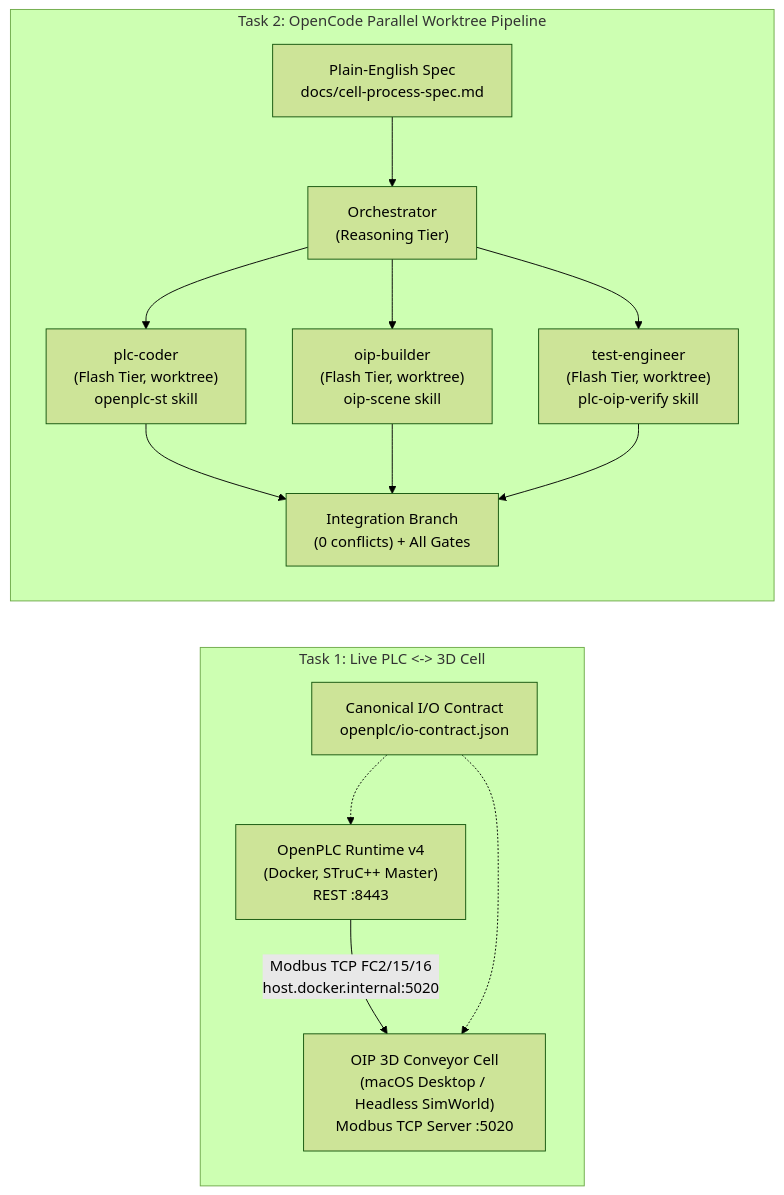
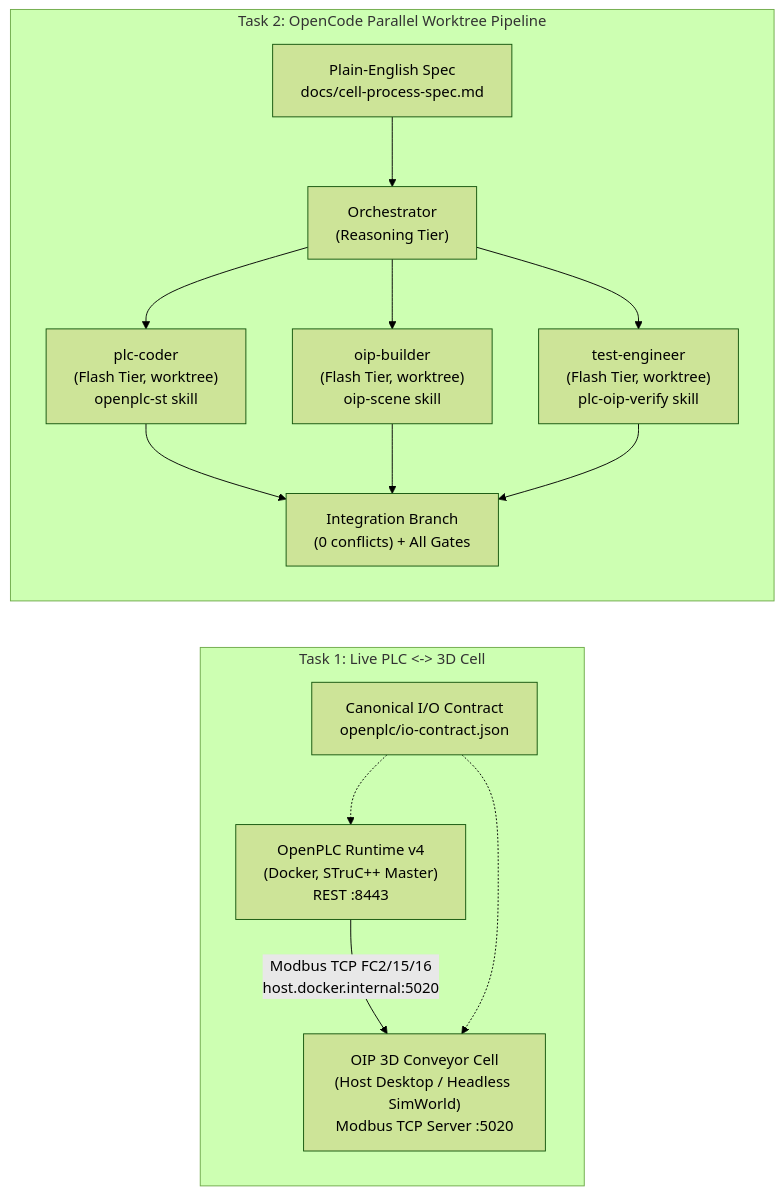
Before and after one commit to MZEryani/SHRDCAssessment: the diagram in README.md, drawn with Mermaid (forest theme). The commit also changed other lines of this file and 6 other files, not shown here.

````diff
--- a/README.md
+++ b/README.md
@@ -7,16 +7,16 @@
 ```mermaid
 flowchart LR
   subgraph Task1["Task 1: Live PLC <-> 3D Cell"]
-    PLC["OpenPLC Runtime v4\n(Docker, STruC++ Master)\nREST :8443"] -->|"Modbus TCP FC2/15/16\nhost.docker.internal:5020"| OIP["OIP 3D Conveyor Cell\n(macOS Desktop / Headless SimWorld)\nModbus TCP Server :5020"]
+    PLC["OpenPLC Runtime v4\n(Docker, STruC++ Master)\nREST :8443"] -->|"Modbus TCP FC2/15/16\nhost.docker.internal:5020"| OIP["OIP 3D Conveyor Cell\n(Host Desktop / Headless SimWorld)\nModbus TCP Server :5020"]
     Contract["Canonical I/O Contract\nopenplc/io-contract.json"] -.-> PLC
     Contract -.-> OIP
   end
 
   subgraph Task2["Task 2: OpenCode Parallel Worktree Pipeline"]
     Spec["Plain-English Spec\ndocs/cell-process-spec.md"] --> Orch["Orchestrator\n(Reasoning Tier)"]
     Orch --> W1["plc-coder\n(Flash Tier, worktree)\nopenplc-st skill"]
     Orch --> W2["oip-builder\n(Flash Tier, worktree)\noip-scene skill"]
     Orch --> W3["test-engineer\n(Flash Tier, worktree)\nplc-oip-verify skill"]
     W1 & W2 & W3 --> Merge["Integration Branch\n(0 conflicts) + All Gates"]
   end
 ```
````
